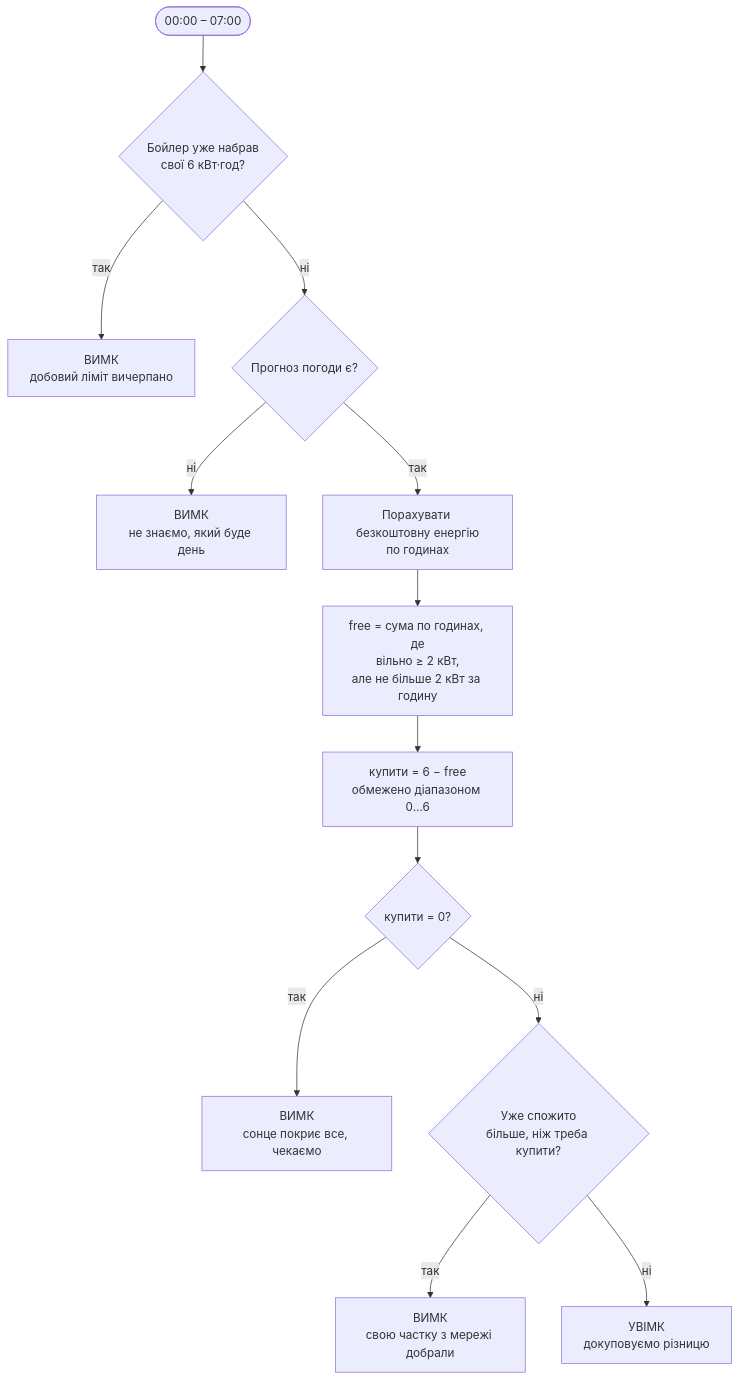
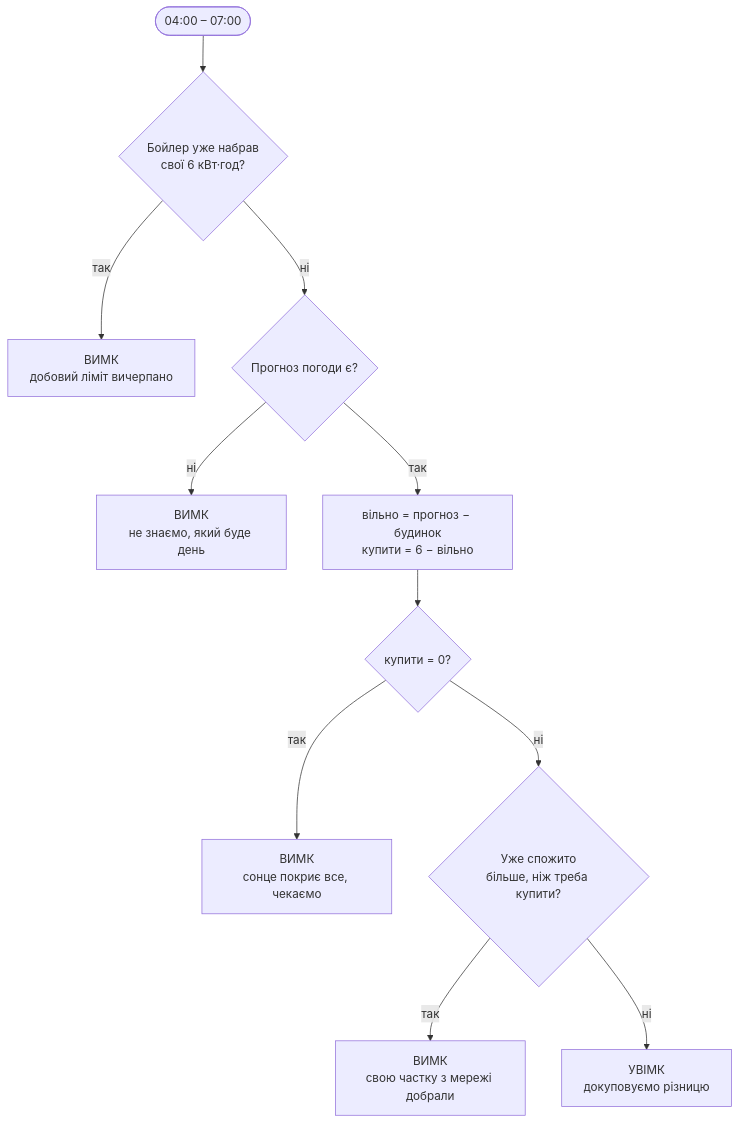
Before and after one commit to tochytskyi/smart-solar-energy: the third of 7 diagrams in docs/algorithm.md, drawn with Mermaid. The commit also changed other lines of this file and 19 other files, not shown here.

````diff
--- a/docs/algorithm.md
+++ b/docs/algorithm.md
@@ -75,16 +77,13 @@
 ```mermaid
 flowchart TD
-    START(["00:00 – 07:00"]) --> Q2{"Бойлер уже набрав<br/>свої 6 кВт·год?"}
+    START(["04:00 – 07:00"]) --> Q2{"Бойлер уже набрав<br/>свої 6 кВт·год?"}
     Q2 -->|"так"| OFF2["ВИМК<br/>добовий ліміт вичерпано"]
     Q2 -->|"ні"| Q3{"Прогноз погоди є?"}
     Q3 -->|"ні"| OFF3["ВИМК<br/>не знаємо, який буде день"]
-    Q3 -->|"так"| CALC["Порахувати безкоштовну енергію<br/>по годинах"]
-
-    CALC --> F["free = сума по годинах, де<br/>вільно ≥ 2 кВт,<br/>але не більше 2 кВт за годину"]
-    F --> T["купити = 6 − free<br/>обмежено діапазоном 0…6"]
-    T --> Q4{"купити = 0?"}
+    Q3 -->|"так"| CALC["вільно = прогноз − будинок<br/>купити = 6 − вільно"]
+    CALC --> Q4{"купити = 0?"}
     Q4 -->|"так"| OFF4["ВИМК<br/>сонце покриє все, чекаємо"]
     Q4 -->|"ні"| Q5{"Уже спожито<br/>більше, ніж треба купити?"}
     Q5 -->|"так"| OFF5["ВИМК<br/>свою частку з мережі добрали"]
     Q5 -->|"ні"| ON["УВІМК<br/>докуповуємо різницю"]
 ```
````
